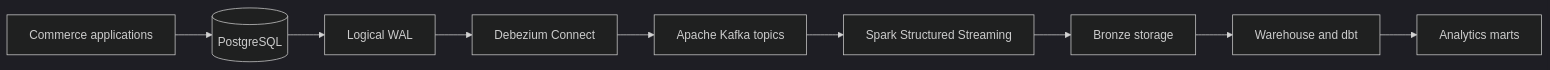
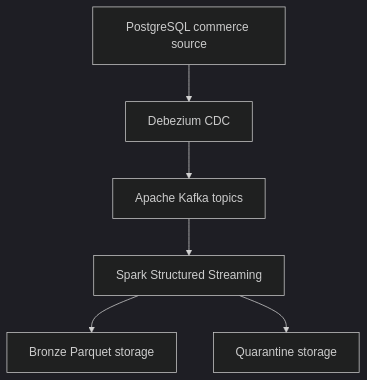
Before and after one commit to mazeenhussiansyed/real-time-commerce-data-platform: the diagram in README.md, drawn with Mermaid (dark theme). The commit also changed other lines of this file and 10 other files, not shown here.

Commit message:
Add Spark streaming and Bronze storage

````diff
--- a/README.md
+++ b/README.md
@@ -90,11 +31,8 @@
 ```mermaid
-flowchart LR
-    A[Commerce applications] --> B[(PostgreSQL)]
-    B --> C[Logical WAL]
-    C --> D[Debezium Connect]
-    D --> E[Apache Kafka topics]
-    E --> F[Spark Structured Streaming]
-    F --> G[Bronze storage]
-    G --> H[Warehouse and dbt]
-    H --> I[Analytics marts]
+flowchart TD
+    A["PostgreSQL commerce source"] --> B["Debezium CDC"]
+    B --> C["Apache Kafka topics"]
+    C --> D["Spark Structured Streaming"]
+    D --> E["Bronze Parquet storage"]
+    D --> F["Quarantine storage"]
 ```
````
